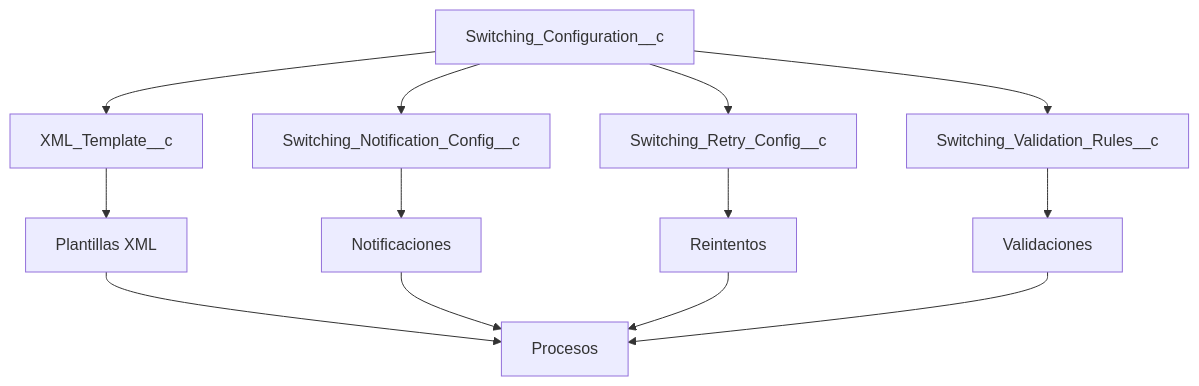
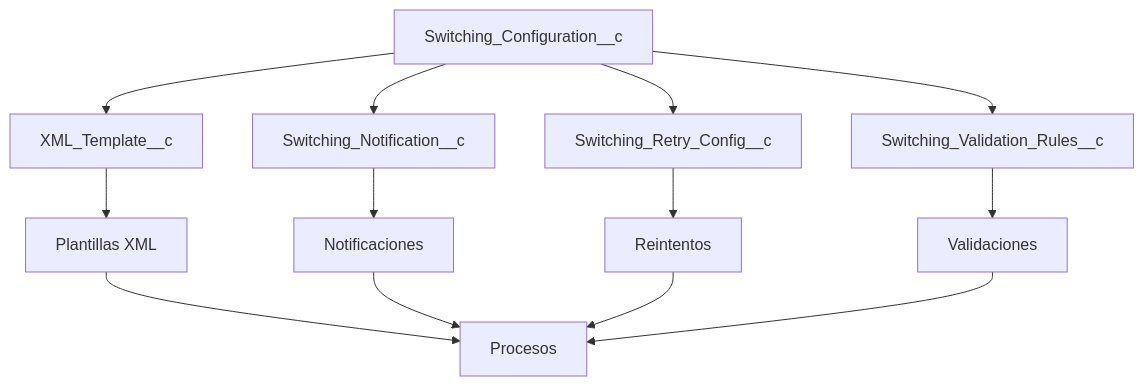
Before and after one commit to gugarobles/Switching: the first of 18 diagrams in README.md, drawn with Mermaid. The commit also changed other lines of this file and 73 other files, not shown here.

````diff
--- a/README.md
+++ b/README.md
@@ -230,17 +228,17 @@
 ```mermaid
 graph TD
     A[Switching_Configuration__c] --> B[XML_Template__c]
-    A --> C[Switching_Notification_Config__c]
+    A --> C[Switching_Notification__c]
     A --> D[Switching_Retry_Config__c]
     A --> E[Switching_Validation_Rules__c]
     
     B --> F[Plantillas XML]
     C --> G[Notificaciones]
     D --> H[Reintentos]
     E --> I[Validaciones]
     
     F --> J[Procesos]
     G --> J
     H --> J
     I --> J
 ```
````
